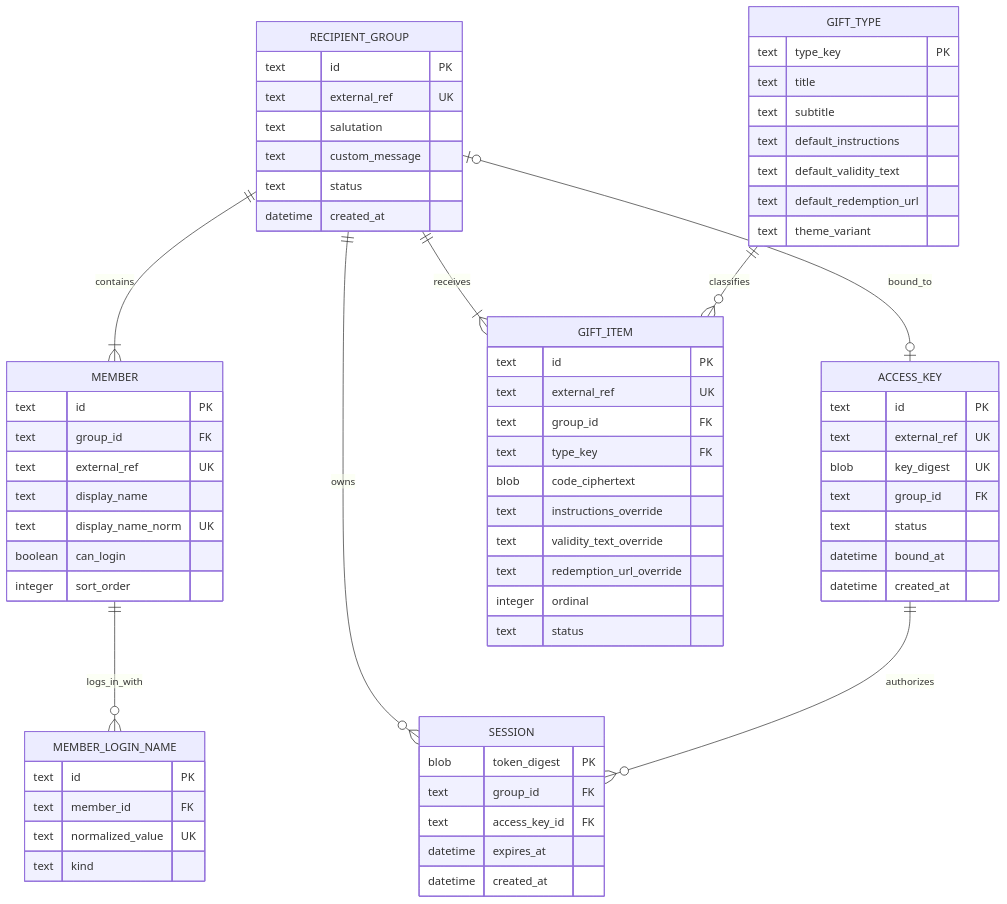
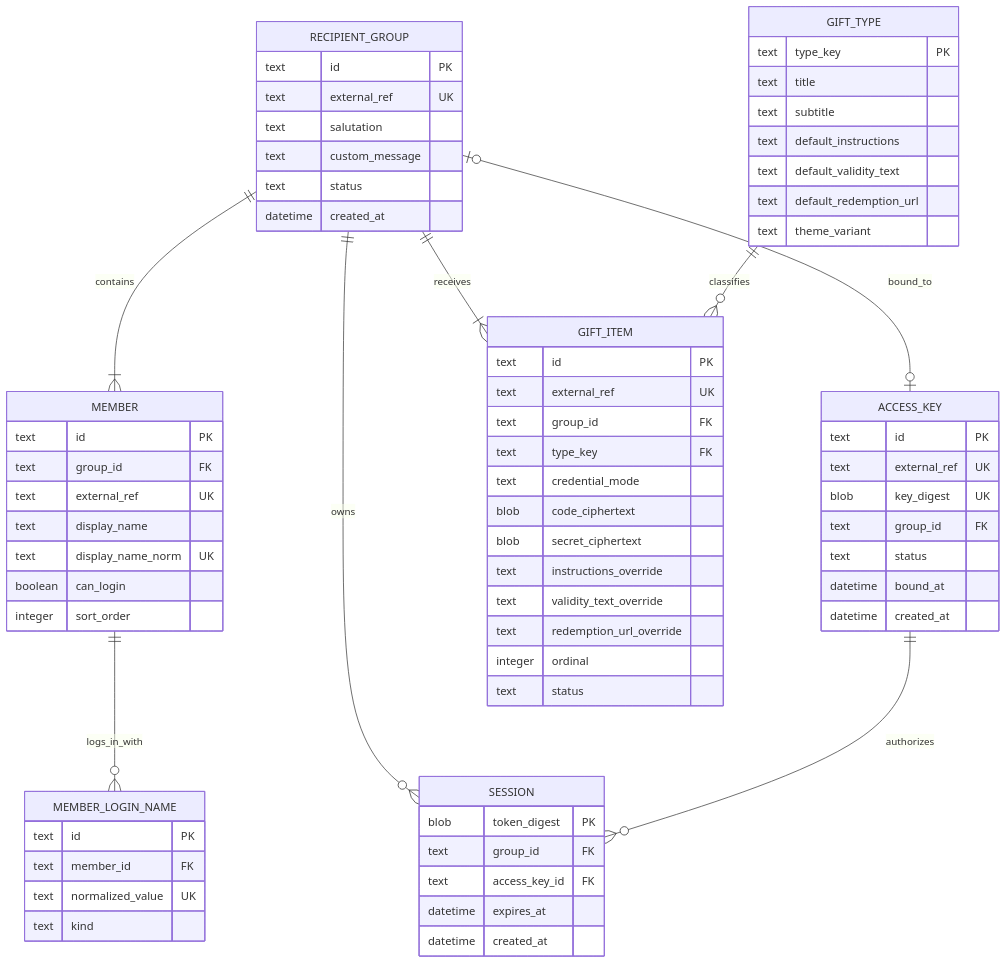
One commit to stdmkmehp/WeddingGift changed the third of 5 diagrams in docs/02-technical-architecture.md. Above: the diagram before and after it, drawn with Mermaid. The commit also changed other lines of this file and 26 other files, not shown here.

First line of the commit message:
feat: 礼品凭证支持卡号+密码双模式（credential_mode）

````diff
--- a/docs/02-technical-architecture.md
+++ b/docs/02-technical-architecture.md
@@ -204,77 +204,79 @@
 ```mermaid
 erDiagram
     RECIPIENT_GROUP ||--|{ MEMBER : contains
     MEMBER ||--o{ MEMBER_LOGIN_NAME : logs_in_with
     RECIPIENT_GROUP o|--o| ACCESS_KEY : bound_to
     RECIPIENT_GROUP ||--|{ GIFT_ITEM : receives
     GIFT_TYPE ||--o{ GIFT_ITEM : classifies
     RECIPIENT_GROUP ||--o{ SESSION : owns
     ACCESS_KEY ||--o{ SESSION : authorizes
 
     RECIPIENT_GROUP {
         text id PK
         text external_ref UK
         text salutation
         text custom_message
         text status
         datetime created_at
     }
 
     MEMBER {
         text id PK
         text group_id FK
         text external_ref UK
         text display_name
         text display_name_norm UK
         boolean can_login
         integer sort_order
     }
 
     MEMBER_LOGIN_NAME {
         text id PK
         text member_id FK
         text normalized_value UK
         text kind
     }
 
     ACCESS_KEY {
         text id PK
         text external_ref UK
         blob key_digest UK
         text group_id FK
         text status
         datetime bound_at
         datetime created_at
     }
 
     GIFT_TYPE {
         text type_key PK
         text title
         text subtitle
         text default_instructions
         text default_validity_text
         text default_redemption_url
         text theme_variant
     }
 
     GIFT_ITEM {
         text id PK
         text external_ref UK
         text group_id FK
         text type_key FK
+        text credential_mode
         blob code_ciphertext
+        blob secret_ciphertext
         text instructions_override
         text validity_text_override
         text redemption_url_override
         integer ordinal
         text status
     }
 
     SESSION {
         blob token_digest PK
         text group_id FK
         text access_key_id FK
         datetime expires_at
         datetime created_at
     }
 ```
````
